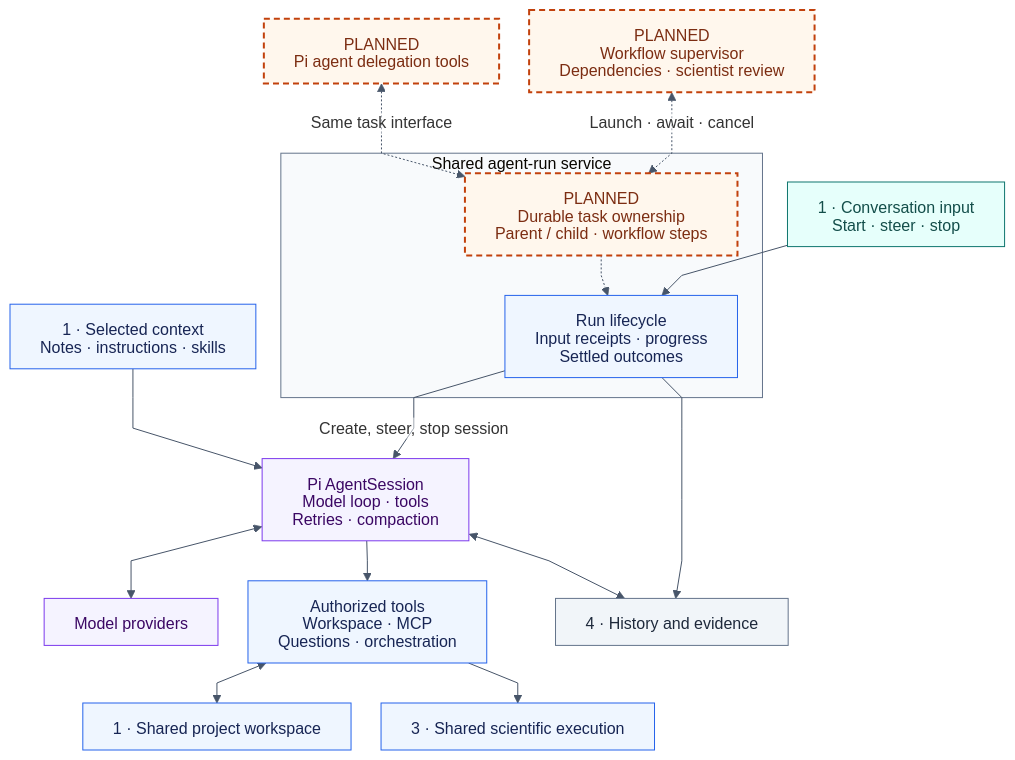
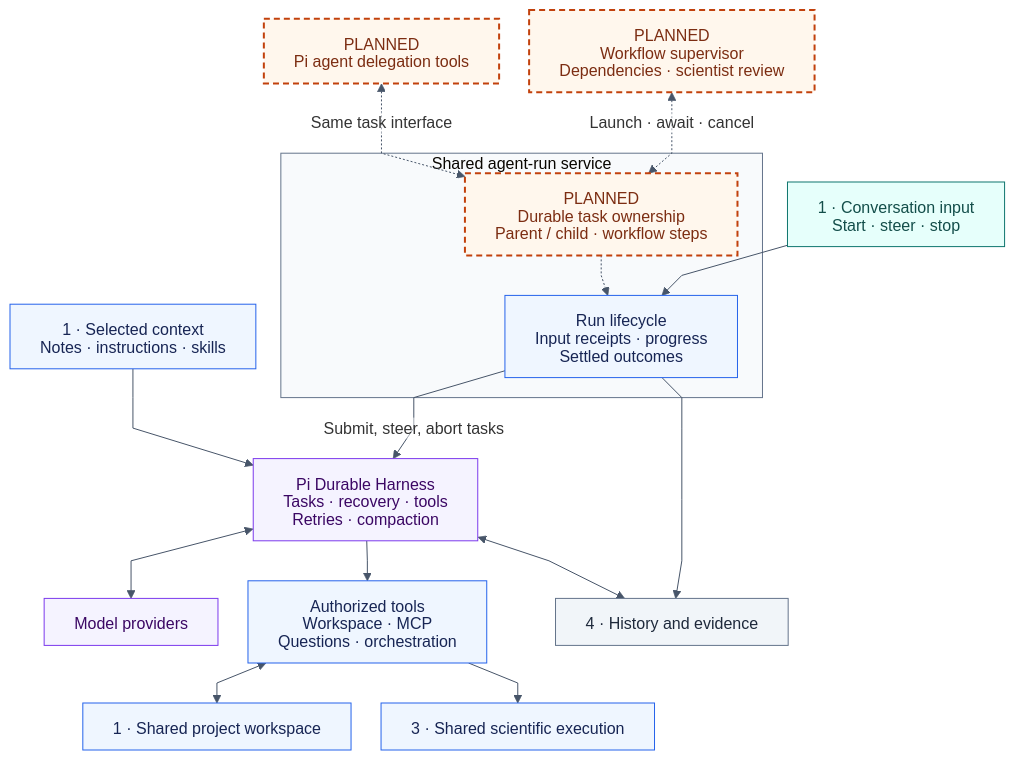
The third of 5 diagrams in ARCHITECTURE.md (carl-stone/biologue), drawn with Mermaid before and after one commit. The commit also changed other lines of this file and 21 other files, not shown here.

Commit message:
Replace agent harness with Pi Durable

````diff
--- a/ARCHITECTURE.md
+++ b/ARCHITECTURE.md
@@ -133,43 +133,43 @@
 ```mermaid
 %%{init: {"theme":"base","htmlLabels":false,"markdownAutoWrap":false,"themeVariables":{"fontFamily":"Arial, sans-serif","lineColor":"#475569","edgeLabelBackground":"#FFFFFF"},"flowchart":{"htmlLabels":false,"curve":"linear","nodeSpacing":30,"rankSpacing":40,"wrappingWidth":240,"minNodeWidth":200}}}%%
 flowchart TB
     UI["1 · Conversation input<br/>Start · steer · stop"]
     Workflow["PLANNED<br/>Workflow supervisor<br/>Dependencies · scientist review"]
     Delegate["PLANNED<br/>Pi agent delegation tools"]
     subgraph Runs["Shared agent-run service"]
         Lifecycle["Run lifecycle<br/>Input receipts · progress<br/>Settled outcomes"]
         Tasks["PLANNED<br/>Durable task ownership<br/>Parent / child · workflow steps"]
     end
     Context["1 · Selected context<br/>Notes · instructions · skills"]
-    Pi["Pi AgentSession<br/>Model loop · tools<br/>Retries · compaction"]
+    Pi["Pi Durable Harness<br/>Tasks · recovery · tools<br/>Retries · compaction"]
     Models["Model providers"]
     Tools["Authorized tools<br/>Workspace · MCP<br/>Questions · orchestration"]
     Project["1 · Shared project workspace"]
     Execution["3 · Shared scientific execution"]
     Evidence["4 · History and evidence"]
 
     UI --> Lifecycle
     Workflow <-.->|"Launch · await · cancel"| Tasks
     Delegate <-.->|"Same task interface"| Tasks
     Tasks -.-> Lifecycle
-    Lifecycle -->|"Create, steer, stop session"| Pi
+    Lifecycle -->|"Submit, steer, abort tasks"| Pi
     Context --> Pi
     Pi <--> Models
     Pi --> Tools
     Tools <--> Project
     Tools --> Execution
     Lifecycle --> Evidence
     Pi <--> Evidence
 
     classDef workbench fill:#E6FFFB,stroke:#0F766E,color:#134E4A
     classDef app fill:#EFF6FF,stroke:#2563EB,color:#172554
     classDef pi fill:#F5F3FF,stroke:#7C3AED,color:#3B0764
     classDef storage fill:#F1F5F9,stroke:#64748B,color:#1E293B
     classDef planned fill:#FFF7ED,stroke:#C2410C,color:#7C2D12,stroke-width:2px,stroke-dasharray:6 4
     class UI workbench
     class Lifecycle,Context,Tools,Project,Execution app
     class Pi,Models pi
     class Evidence storage
     class Workflow,Delegate,Tasks planned
     style Runs fill:#F8FAFC,stroke:#64748B,color:#1E293B
 ```
````
